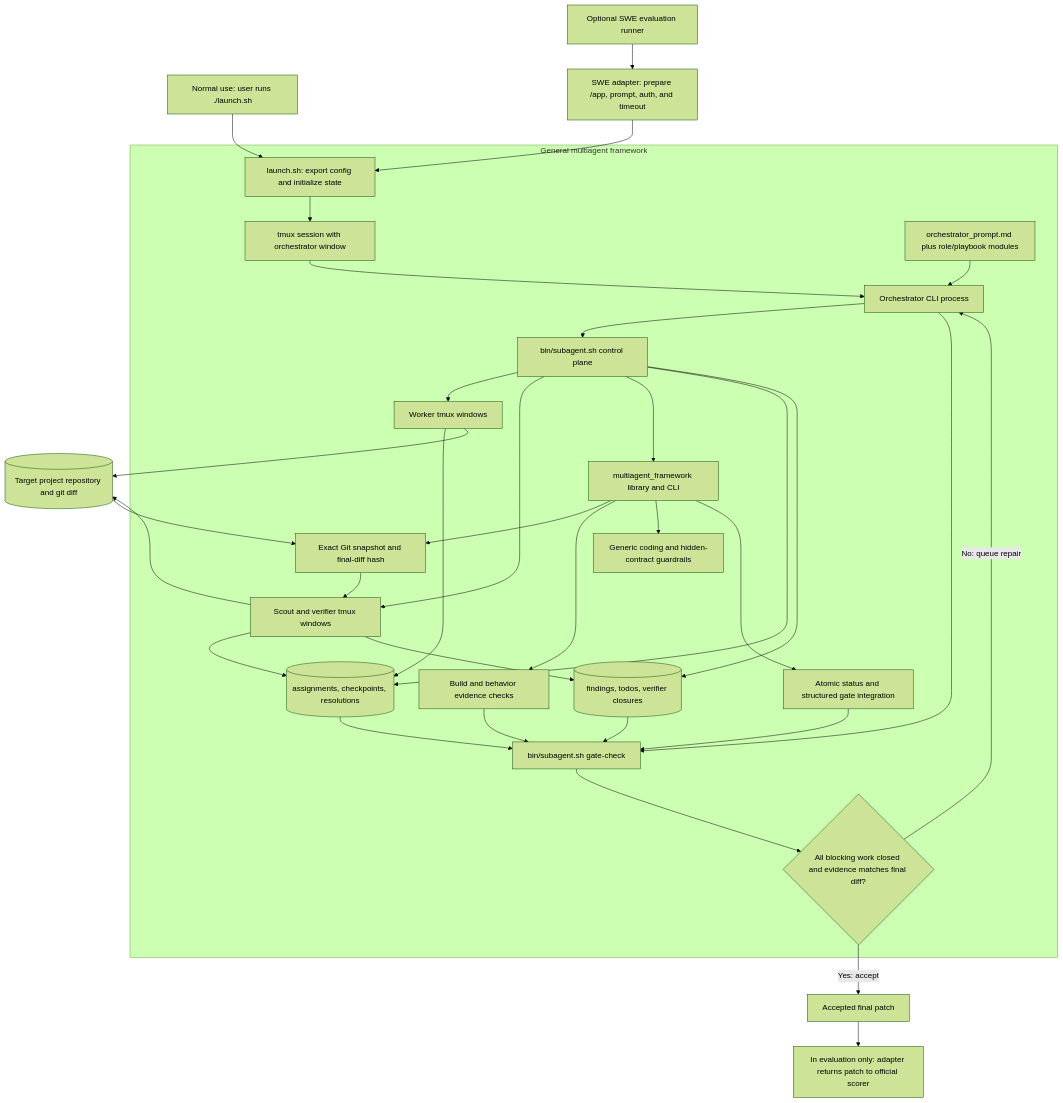
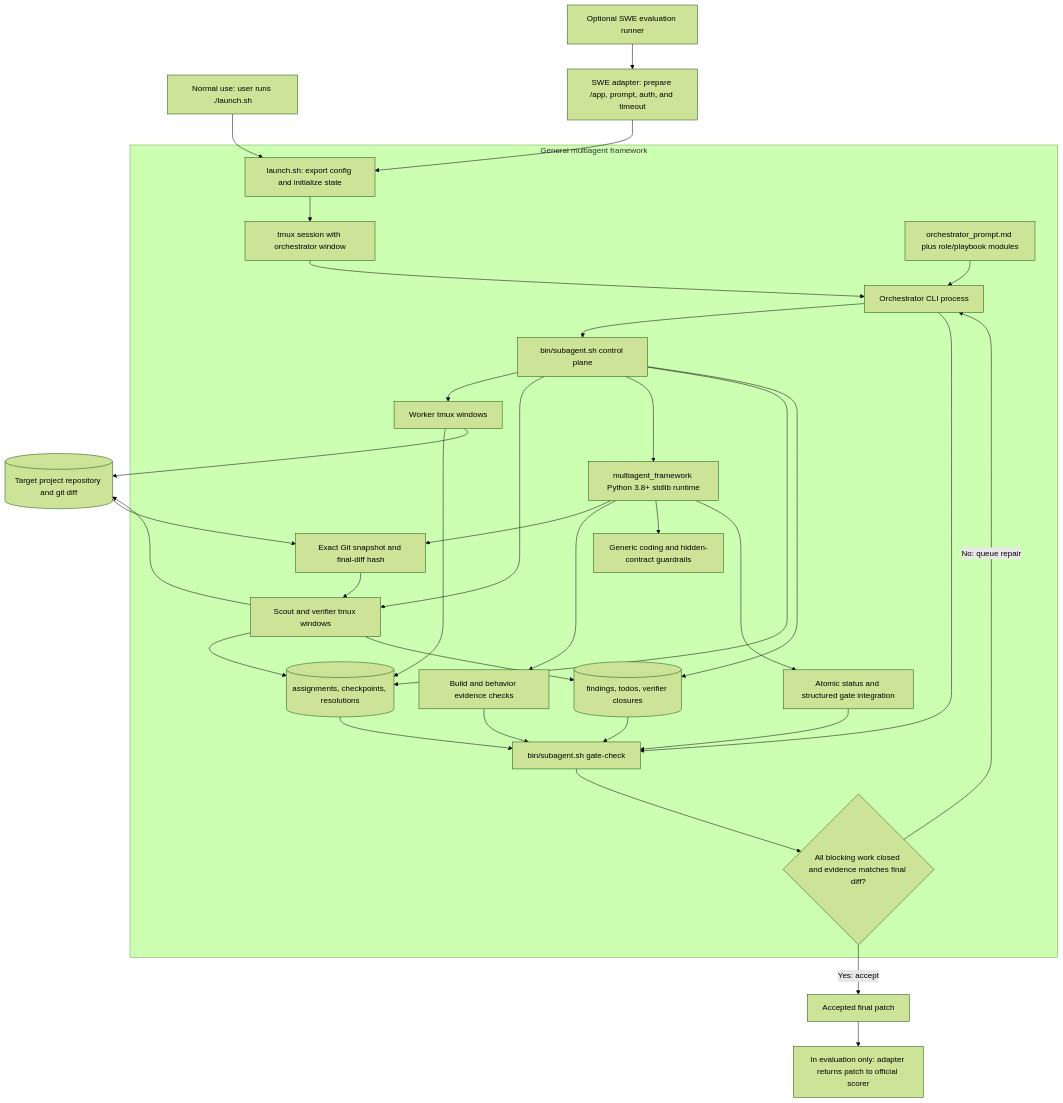
One commit to areshand/multiagent changed the diagram in README.md. Above: the diagram before and after it, drawn with Mermaid (forest theme). The commit also changed other lines of this file and 3 other files, not shown here.

Commit message:
Declare Python runtime prerequisite

````diff
--- a/README.md
+++ b/README.md
@@ -77,42 +88,42 @@
 ```mermaid
 flowchart TD
     User["Normal use: user runs ./launch.sh"] --> Launch
     Eval["Optional SWE evaluation runner"] --> Adapter["SWE adapter: prepare /app, prompt, auth, and timeout"]
     Adapter --> Launch
 
     subgraph Framework["General multiagent framework"]
         Launch["launch.sh: export config and initialize state"] --> Tmux["tmux session with orchestrator window"]
         Prompts["orchestrator_prompt.md plus role/playbook modules"] --> Orchestrator["Orchestrator CLI process"]
         Tmux --> Orchestrator
         Orchestrator --> Helper["bin/subagent.sh control plane"]
 
         Helper --> Worker["Worker tmux windows"]
         Helper --> Verifier["Scout and verifier tmux windows"]
-        Helper --> Runtime["multiagent_framework library and CLI"]
+        Helper --> Runtime["multiagent_framework Python 3.8+ stdlib runtime"]
         Runtime --> Snapshot["Exact Git snapshot and final-diff hash"]
         Runtime --> Evidence["Build and behavior evidence checks"]
         Runtime --> Guardrails["Generic coding and hidden-contract guardrails"]
         Runtime --> Status["Atomic status and structured gate integration"]
 
         Worker --> Durable[("assignments, checkpoints, resolutions")]
         Verifier --> Durable
         Verifier --> Findings[("findings, todos, verifier closures")]
         Helper --> Durable
         Helper --> Findings
         Snapshot --> Verifier
 
         Orchestrator --> Gate["bin/subagent.sh gate-check"]
         Durable --> Gate
         Findings --> Gate
         Evidence --> Gate
         Status --> Gate
         Gate --> Decision{"All blocking work closed and evidence matches final diff?"}
         Decision -- "No: queue repair" --> Orchestrator
     end
 
     Worker --> Repo[("Target project repository and git diff")]
     Verifier --> Repo
     Repo --> Snapshot
     Decision -- "Yes: accept" --> Result["Accepted final patch"]
     Result --> AdapterResult["In evaluation only: adapter returns patch to official scorer"]
 ```
````
